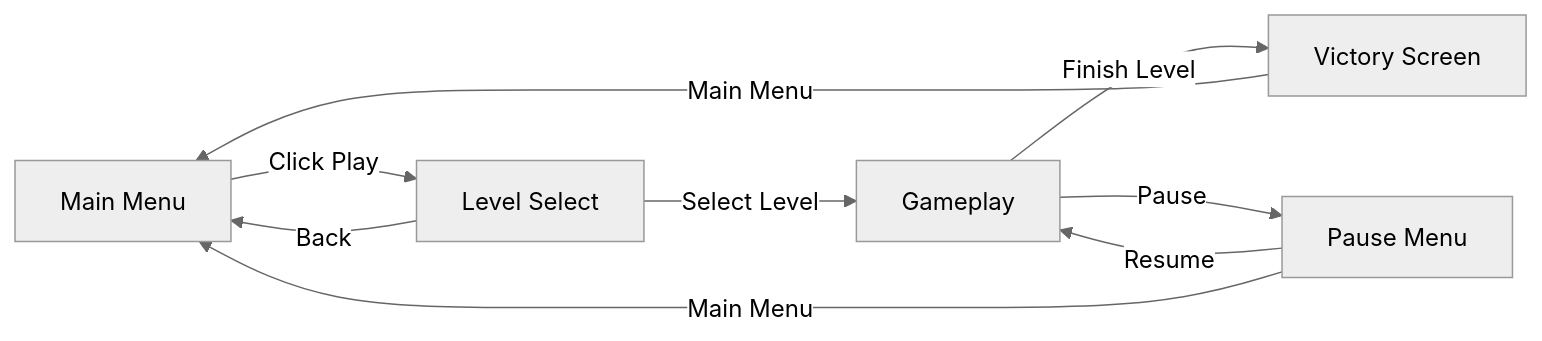
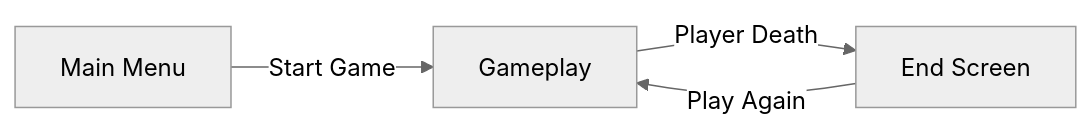
The first of 4 diagrams in README.md (Justsomeguy241/Game-ProgrammingClass), drawn with Mermaid (neutral theme) before and after one commit.

````diff
--- a/README.md
+++ b/README.md
@@ -65,18 +65,10 @@
 ```mermaid
 flowchart LR
   mm[Main Menu]
   gp[Gameplay]
-  vs[Victory Screen]
-  pm[Pause Menu]
-  ls[Level Select]
+  es[End Screen]
 
-  mm -- "Click Play" --> ls
-  gp -- "Finish Level" --> vs
-  vs -- "Main Menu" --> mm
-  gp -- "Pause" --> pm
-  pm -- "Resume" --> gp
-  ls -- "Select Level" --> gp
-  ls -- "Back" --> mm
-  pm -- "Main Menu" --> mm
-
+  mm -- "Start Game" --> gp
+  gp -- "Player Death" --> es
+  es -- "Play Again" --> gp
 ```
````
